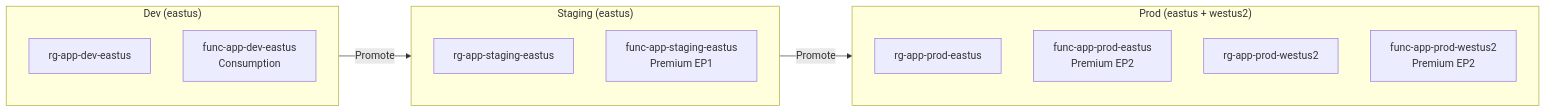
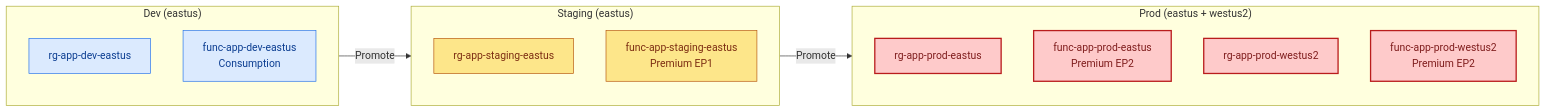
Before and after one commit to Azure/git-ape: the diagram in website/docs/use-cases/multi-environment.md, drawn with Mermaid. The commit also changed 48 other files, not shown here.

First line of the commit message:
docs(website): manifesto-aligned rewrite, deploy-anything, mermaid zoom + colors

````diff
--- a/website/docs/use-cases/multi-environment.md
+++ b/website/docs/use-cases/multi-environment.md
@@ -15,22 +15,29 @@
 ```mermaid
 graph LR
     subgraph DEV["Dev (eastus)"]
         D_RG["rg-app-dev-eastus"]
         D_FUNC["func-app-dev-eastus<br/>Consumption"]
     end
 
     subgraph STAGING["Staging (eastus)"]
         S_RG["rg-app-staging-eastus"]
         S_FUNC["func-app-staging-eastus<br/>Premium EP1"]
     end
 
     subgraph PROD["Prod (eastus + westus2)"]
         P_RG1["rg-app-prod-eastus"]
         P_FUNC1["func-app-prod-eastus<br/>Premium EP2"]
         P_RG2["rg-app-prod-westus2"]
         P_FUNC2["func-app-prod-westus2<br/>Premium EP2"]
     end
 
     DEV --> |"Promote"| STAGING
     STAGING --> |"Promote"| PROD
+
+    classDef dev fill:#dbeafe,stroke:#1f6feb,stroke-width:1px,color:#0b3d91
+    classDef stg fill:#fde68a,stroke:#b45309,stroke-width:1px,color:#7c2d12
+    classDef prod fill:#fecaca,stroke:#b91c1c,stroke-width:2px,color:#7f1d1d
+    class D_RG,D_FUNC dev
+    class S_RG,S_FUNC stg
+    class P_RG1,P_FUNC1,P_RG2,P_FUNC2 prod
 ```
````
